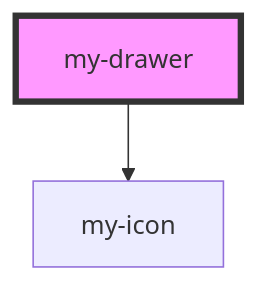
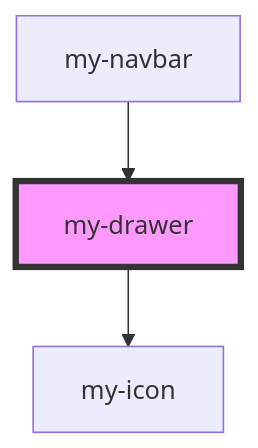
Before and after one commit to Andersseen/and-web-components: the diagram in packages/stencil-library/src/components/my-drawer/readme.md, drawn with Mermaid. The commit also changed other lines of this file and 5 other files, not shown here.

Commit message:
feat: Implement responsive mobile menu for `my-navbar` using `my-drawer` and `my-icon` with new CSS utilities.

````diff
--- a/packages/stencil-library/src/components/my-drawer/readme.md
+++ b/packages/stencil-library/src/components/my-drawer/readme.md
@@ -30,5 +34,6 @@
 ```mermaid
 graph TD;
   my-drawer --> my-icon
+  my-navbar --> my-drawer
   style my-drawer fill:#f9f,stroke:#333,stroke-width:4px
 ```
````
